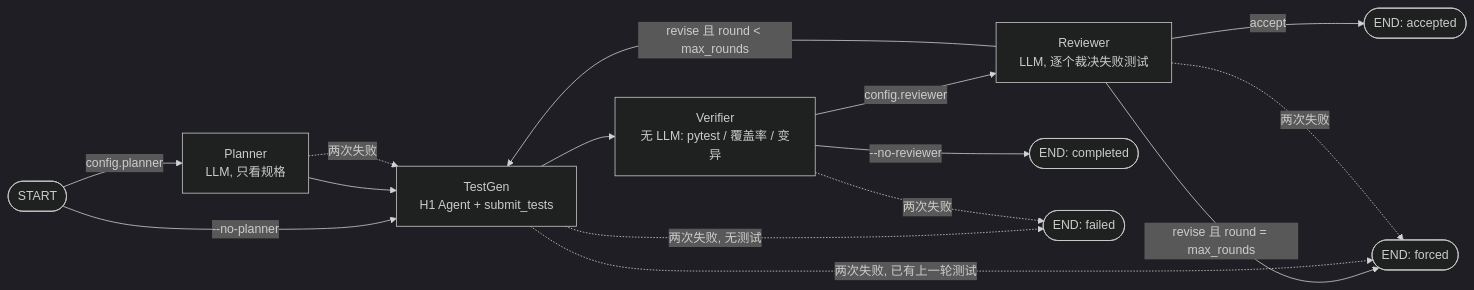
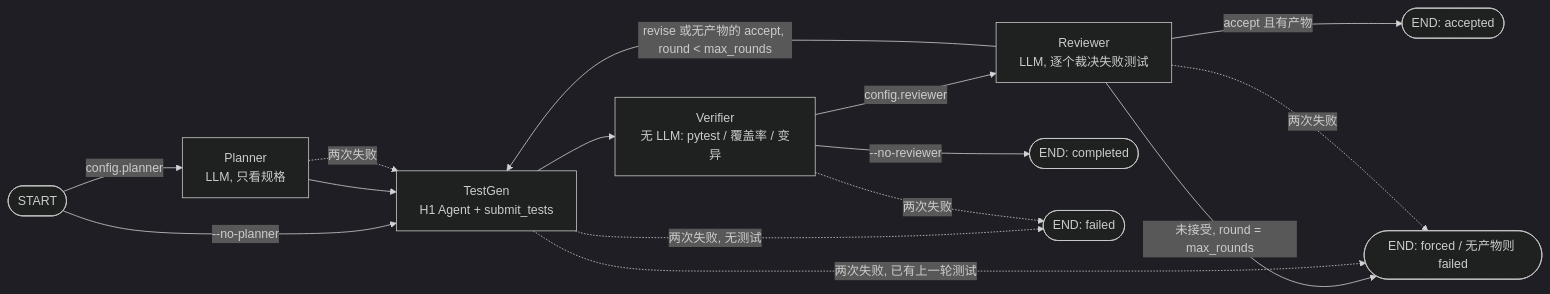
Before and after one commit to kyrie21z/Kytest-Agents: the diagram in Design.md, drawn with Mermaid (dark theme). The commit also changed other lines of this file and 8 other files, not shown here.

````diff
--- a/Design.md
+++ b/Design.md
@@ -21,18 +21,18 @@
 ```mermaid
 flowchart LR
     START([START]) -->|config.planner| P[Planner<br/>LLM, 只看规格]
     START -->|--no-planner| T
     P --> T[TestGen<br/>H1 Agent + submit_tests]
     T --> V[Verifier<br/>无 LLM: pytest / 覆盖率 / 变异]
     V -->|config.reviewer| R[Reviewer<br/>LLM, 逐个裁决失败测试]
     V -->|--no-reviewer| E1([END: completed])
-    R -->|accept| E2([END: accepted])
-    R -->|revise 且 round < max_rounds| T
-    R -->|revise 且 round = max_rounds| E3([END: forced])
+    R -->|accept 且有产物| E2([END: accepted])
+    R -->|revise 或无产物的 accept, round < max_rounds| T
+    R -->|未接受, round = max_rounds| E3([END: forced / 无产物则 failed])
 
     P -. 两次失败 .-> T
     T -. 两次失败, 已有上一轮测试 .-> E3
     T -. 两次失败, 无测试 .-> E4([END: failed])
     V -. 两次失败 .-> E4
     R -. 两次失败 .-> E3
 ```
````
